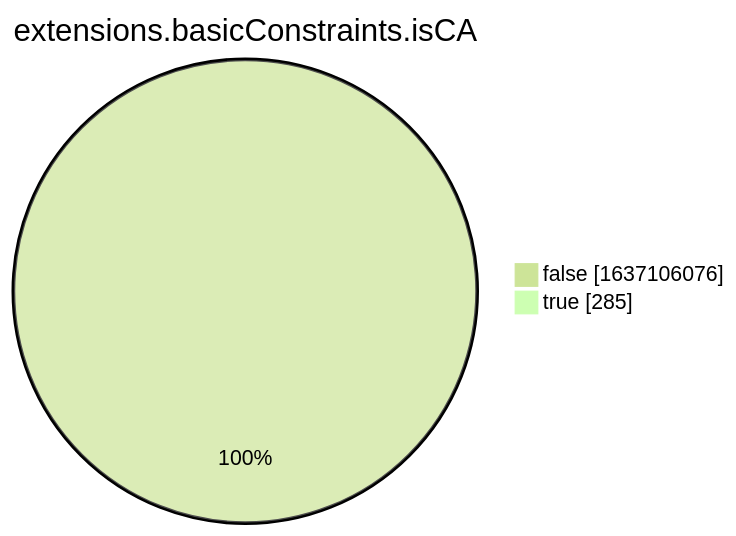
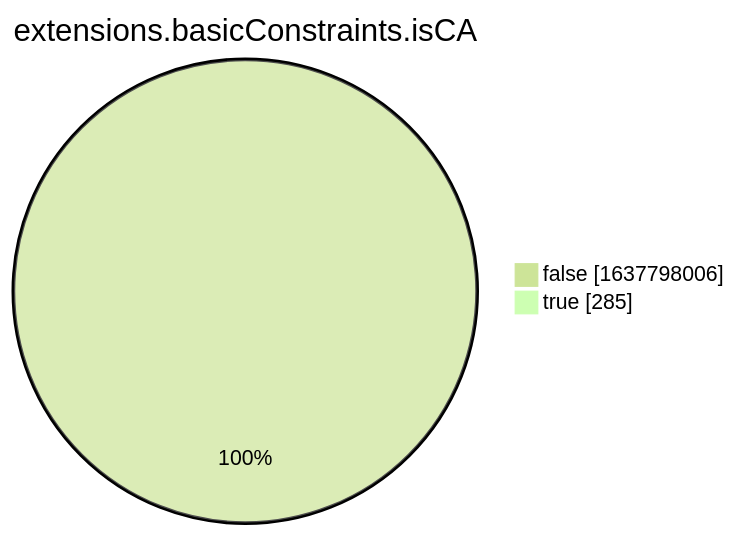
The eighth of 15 diagrams in xenon2022/README.md (christiankrug/ctmonitor_visualization), drawn with Mermaid (forest theme) before and after one commit. The commit also changed other lines of this file, not shown here.

````diff
--- a/xenon2022/README.md
+++ b/xenon2022/README.md
@@ -2863,6 +2863,6 @@
 ```mermaid
 pie showData
 title extensions.basicConstraints.isCA
-"false" :1637106076
+"false" :1637798006
 "true" :285
 ```
````
